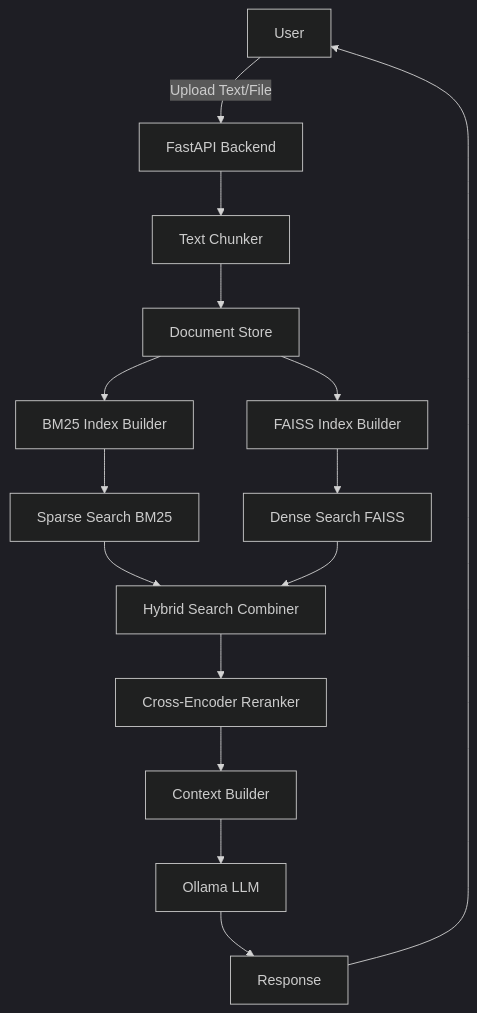
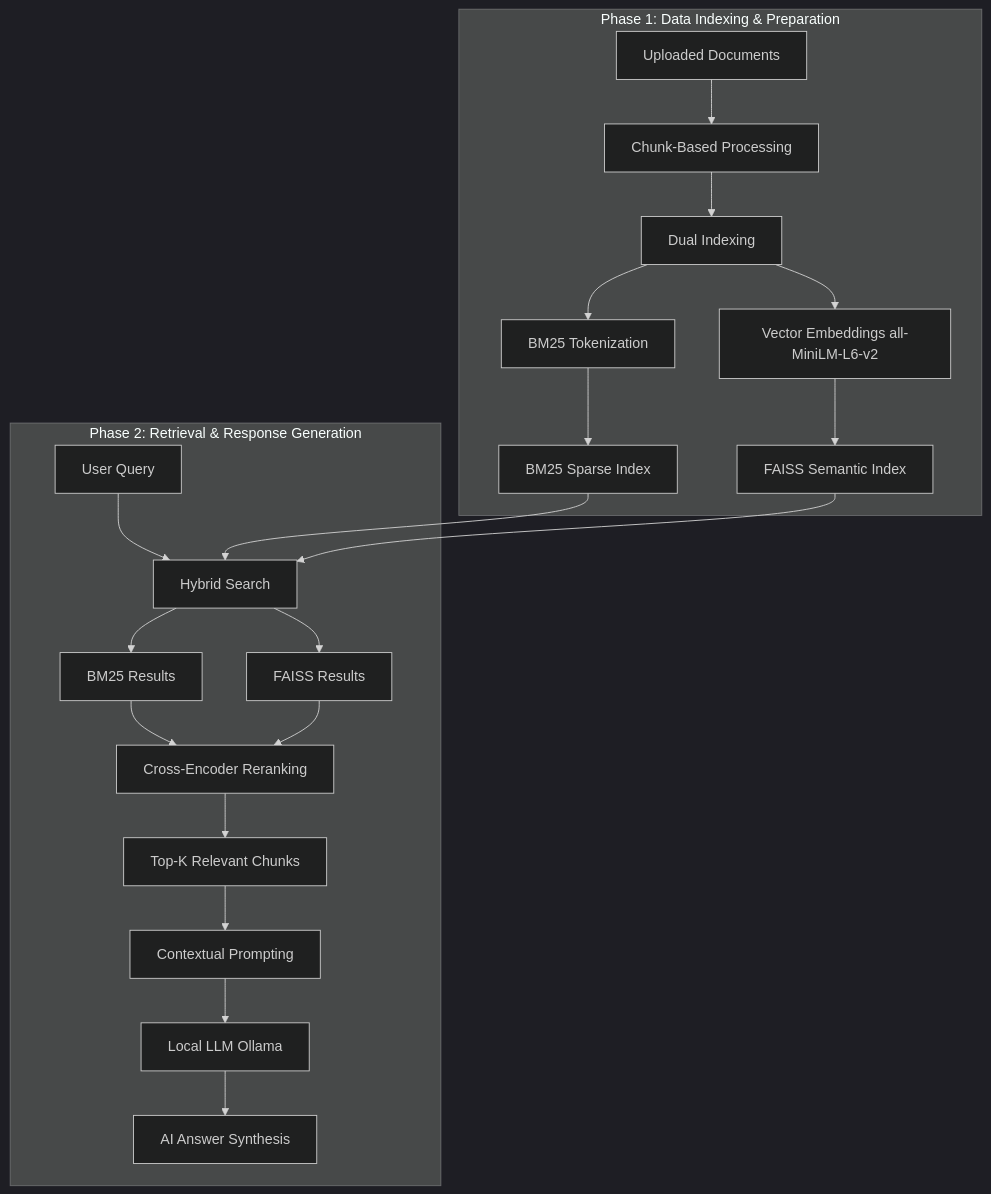
The diagram in README.md (Pushkar-29-06/Hybrid-RAG-Application), drawn with Mermaid (dark theme) before and after one commit. The commit also changed other lines of this file, not shown here.

````diff
--- a/README.md
+++ b/README.md
@@ -24,17 +24,25 @@
 ```mermaid
 graph TD
-    A[User] -->|Upload Text/File| B[FastAPI Backend]
-    B --> C[Text Chunker]
-    C --> D[Document Store]
-    D --> E[BM25 Index Builder]
-    D --> F[FAISS Index Builder]
-    E --> G[Sparse Search BM25]
-    F --> H[Dense Search FAISS]
-    G --> I[Hybrid Search Combiner]
-    H --> I
-    I --> J[Cross-Encoder Reranker]
-    J --> K[Context Builder]
-    K --> L[Ollama LLM]
-    L --> M[Response]
-    M --> A
+    subgraph "Phase 1: Data Indexing & Preparation"
+        A[Uploaded Documents] --> B[Chunk-Based Processing]
+        B --> C[Dual Indexing]
+        C --> D[BM25 Tokenization]
+        C --> E[Vector Embeddings all-MiniLM-L6-v2]
+        D --> F[BM25 Sparse Index]
+        E --> G[FAISS Semantic Index]
+    end
+    
+    subgraph "Phase 2: Retrieval & Response Generation"
+        H[User Query] --> I[Hybrid Search]
+        F --> I
+        G --> I
+        I --> J[BM25 Results]
+        I --> K[FAISS Results]
+        J --> L[Cross-Encoder Reranking]
+        K --> L
+        L --> M[Top-K Relevant Chunks]
+        M --> N[Contextual Prompting]
+        N --> O[Local LLM Ollama]
+        O --> P[AI Answer Synthesis]
+    end
 ```
````
